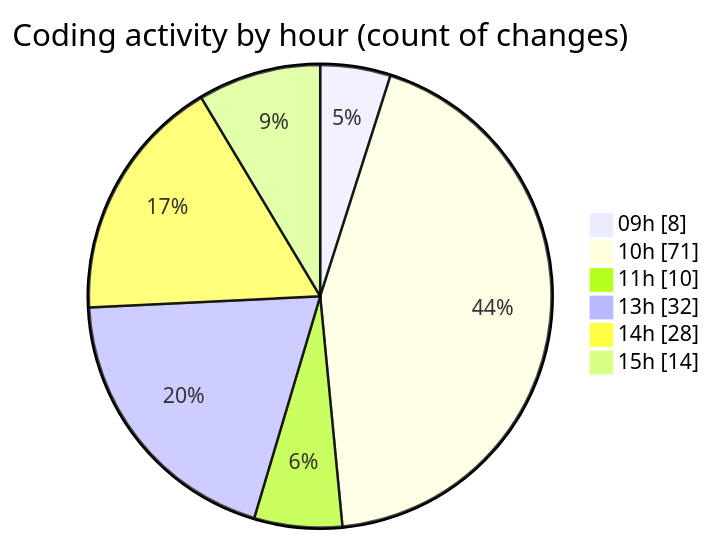
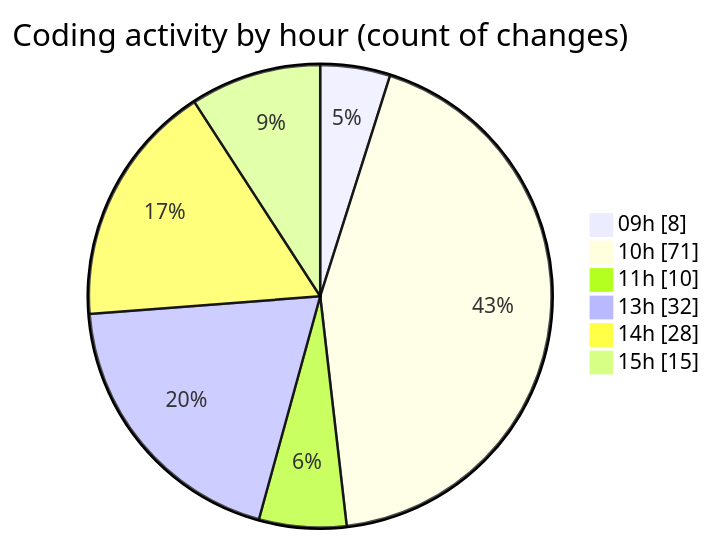
One commit to CELIANVF/code-tracking changed the second of 2 diagrams in 2025-06-03/ecodeli-1/README.md. Above: the diagram before and after it, drawn with Mermaid. The commit also changed other lines of this file and 1 other file, not shown here.

````diff
--- a/2025-06-03/ecodeli-1/README.md
+++ b/2025-06-03/ecodeli-1/README.md
@@ -77,10 +77,10 @@
 ```mermaid
 pie showData
 title Coding activity by hour (count of changes)
 "09h" : 8
 "10h" : 71
 "11h" : 10
 "13h" : 32
 "14h" : 28
-"15h" : 14
+"15h" : 15
 ```
````
